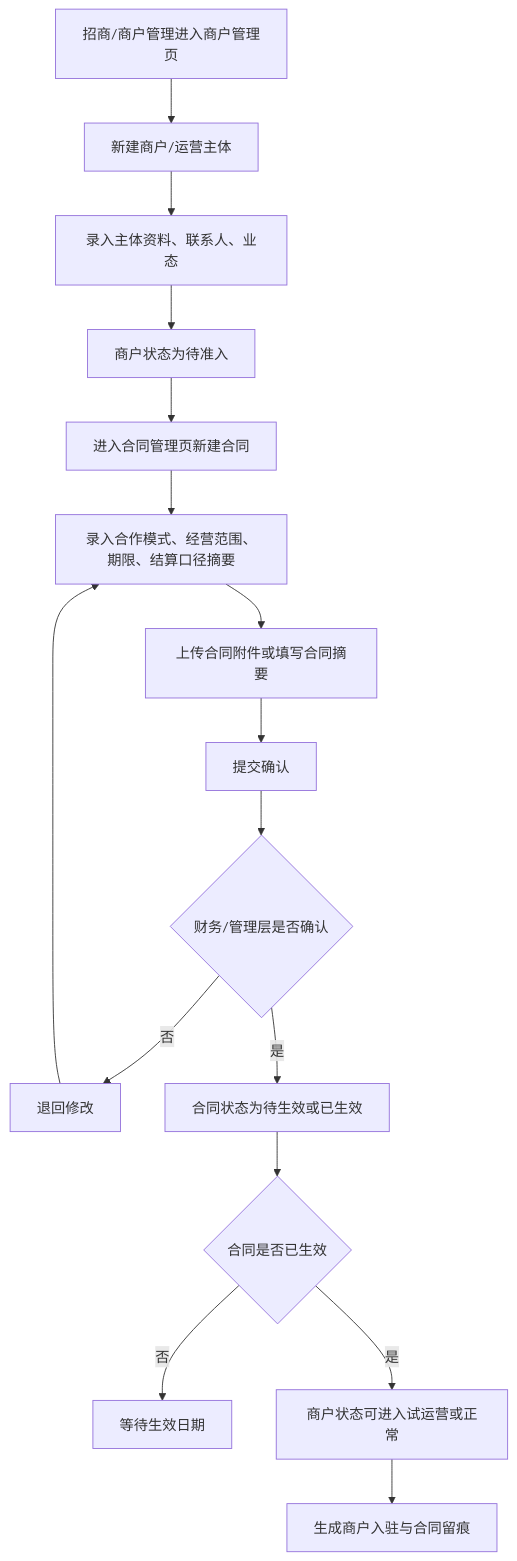
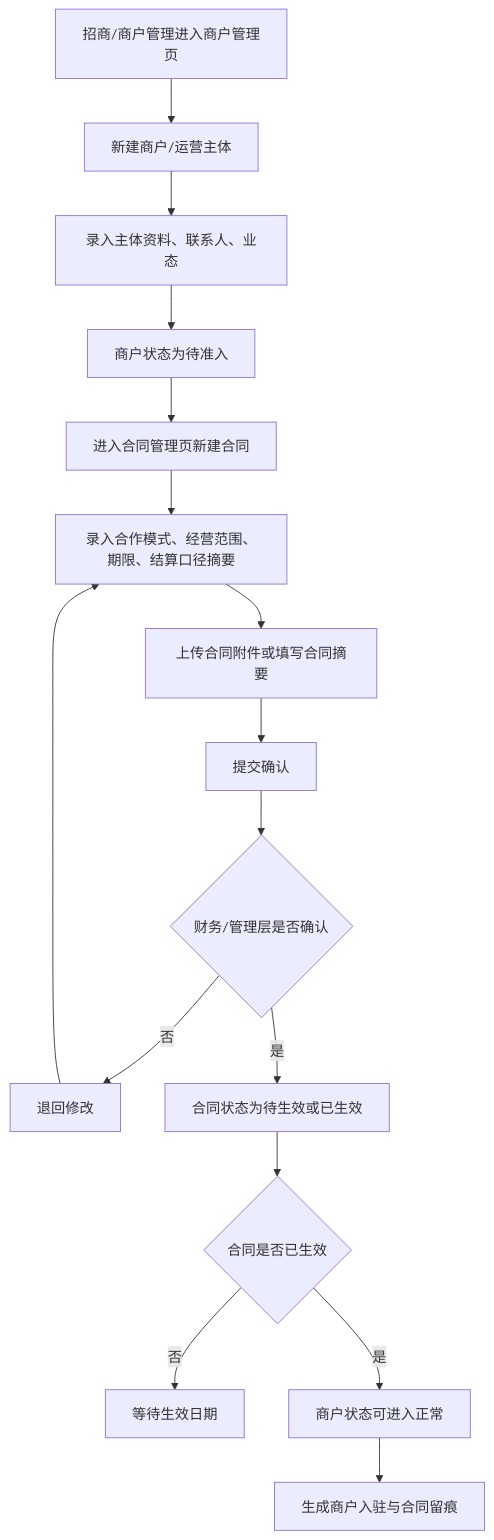
One commit to jxh1979/mall changed the sixth of 21 diagrams in docs/platform-governance-product-spec-v0.2.md. Above: the diagram before and after it, drawn with Mermaid. The commit also changed other lines of this file and 8 other files, not shown here.

````diff
--- a/docs/platform-governance-product-spec-v0.2.md
+++ b/docs/platform-governance-product-spec-v0.2.md
@@ -1621,18 +1571,18 @@
 ```mermaid
 flowchart TD
     A["招商/商户管理进入商户管理页"] --> B["新建商户/运营主体"]
     B --> C["录入主体资料、联系人、业态"]
     C --> D["商户状态为待准入"]
     D --> E["进入合同管理页新建合同"]
     E --> F["录入合作模式、经营范围、期限、结算口径摘要"]
     F --> G["上传合同附件或填写合同摘要"]
     G --> H["提交确认"]
     H --> I{"财务/管理层是否确认"}
     I -- "否" --> J["退回修改"]
     J --> F
     I -- "是" --> K["合同状态为待生效或已生效"]
     K --> L{"合同是否已生效"}
     L -- "否" --> M["等待生效日期"]
-    L -- "是" --> N["商户状态可进入试运营或正常"]
+    L -- "是" --> N["商户状态可进入正常"]
     N --> O["生成商户入驻与合同留痕"]
 ```
````
